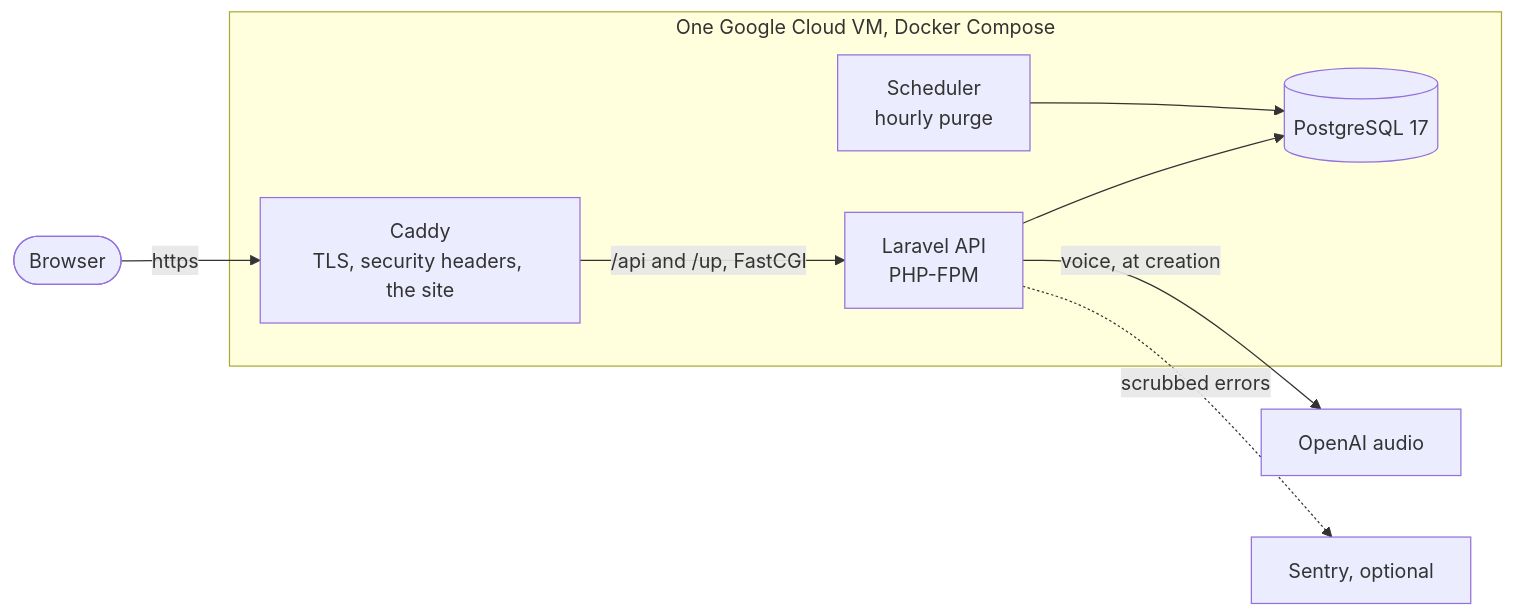
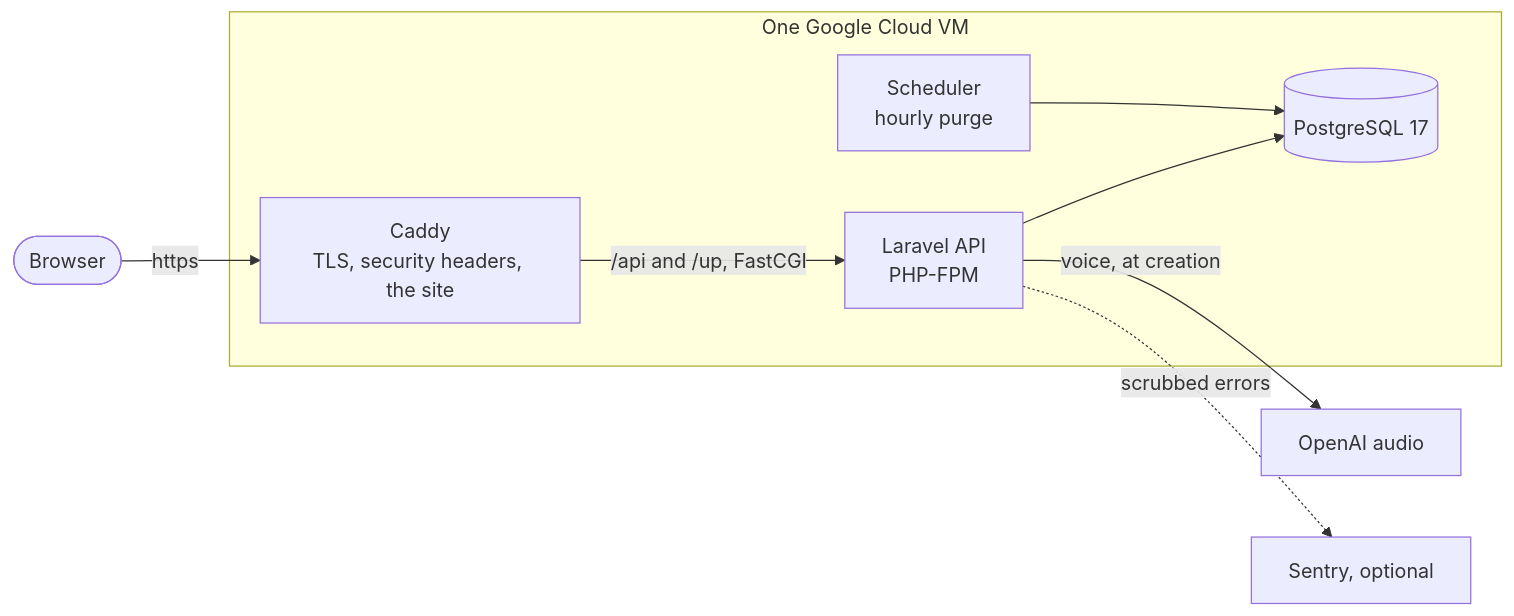
One commit to raabesmps/howler changed the second of 2 diagrams in README.md. Above: the diagram before and after it, drawn with Mermaid. The commit also changed 3 other files, not shown here.

Commit message:
docs: status after the clean-up, and a shorter title in the architecture diagram

````diff
--- a/README.md
+++ b/README.md
@@ -65,15 +65,15 @@
 ```mermaid
 flowchart LR
     V(["Browser"]) -->|https| C
-    subgraph VM["One Google Cloud VM, Docker Compose"]
+    subgraph VM["One Google Cloud VM"]
         C["Caddy<br/>TLS, security headers, the site"]
         A["Laravel API<br/>PHP-FPM"]
         S["Scheduler<br/>hourly purge"]
         D[("PostgreSQL 17")]
         C -->|"/api and /up, FastCGI"| A
         A --> D
         S --> D
     end
     A -->|"voice, at creation"| O["OpenAI audio"]
     A -.->|"scrubbed errors"| X["Sentry, optional"]
 ```
````
